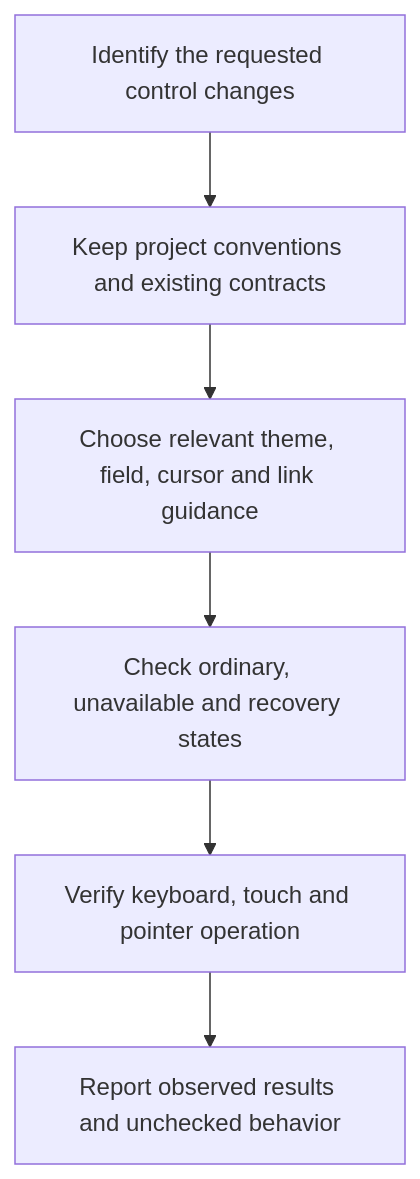
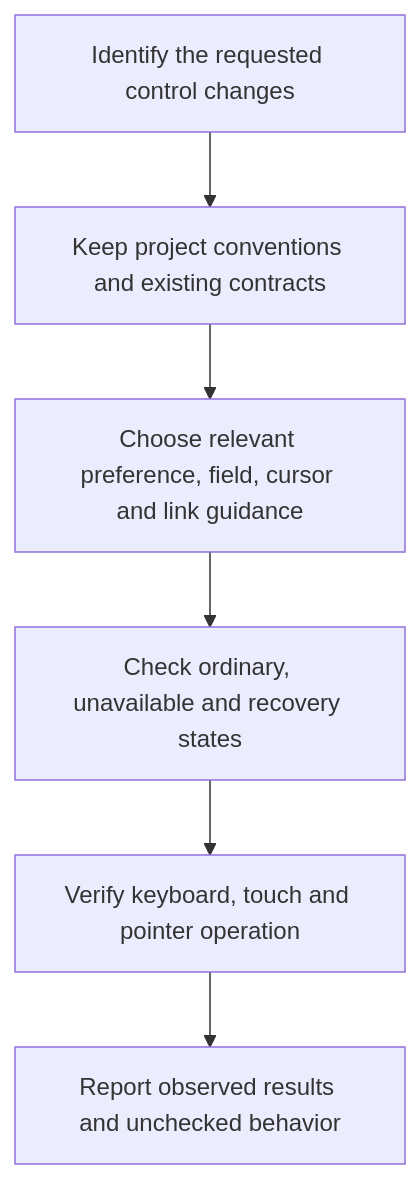
One commit to myowinthein/agent-helm changed the diagram in docs/rules/interaction/detailed.md. Above: the diagram before and after it, drawn with Mermaid. The commit also changed other lines of this file and 6 other files, not shown here.

First line of the commit message:
feat(interaction): generalize preference persistence guidance

````diff
--- a/docs/rules/interaction/detailed.md
+++ b/docs/rules/interaction/detailed.md
@@ -22,8 +22,8 @@
 ```mermaid
 flowchart TD
   Scope["Identify the requested control changes"] --> Conventions["Keep project conventions and existing contracts"]
-  Conventions --> Relevant["Choose relevant theme, field, cursor and link guidance"]
+  Conventions --> Relevant["Choose relevant preference, field, cursor and link guidance"]
   Relevant --> States["Check ordinary, unavailable and recovery states"]
   States --> Methods["Verify keyboard, touch and pointer operation"]
   Methods --> Result["Report observed results and unchecked behavior"]
 ```
````
